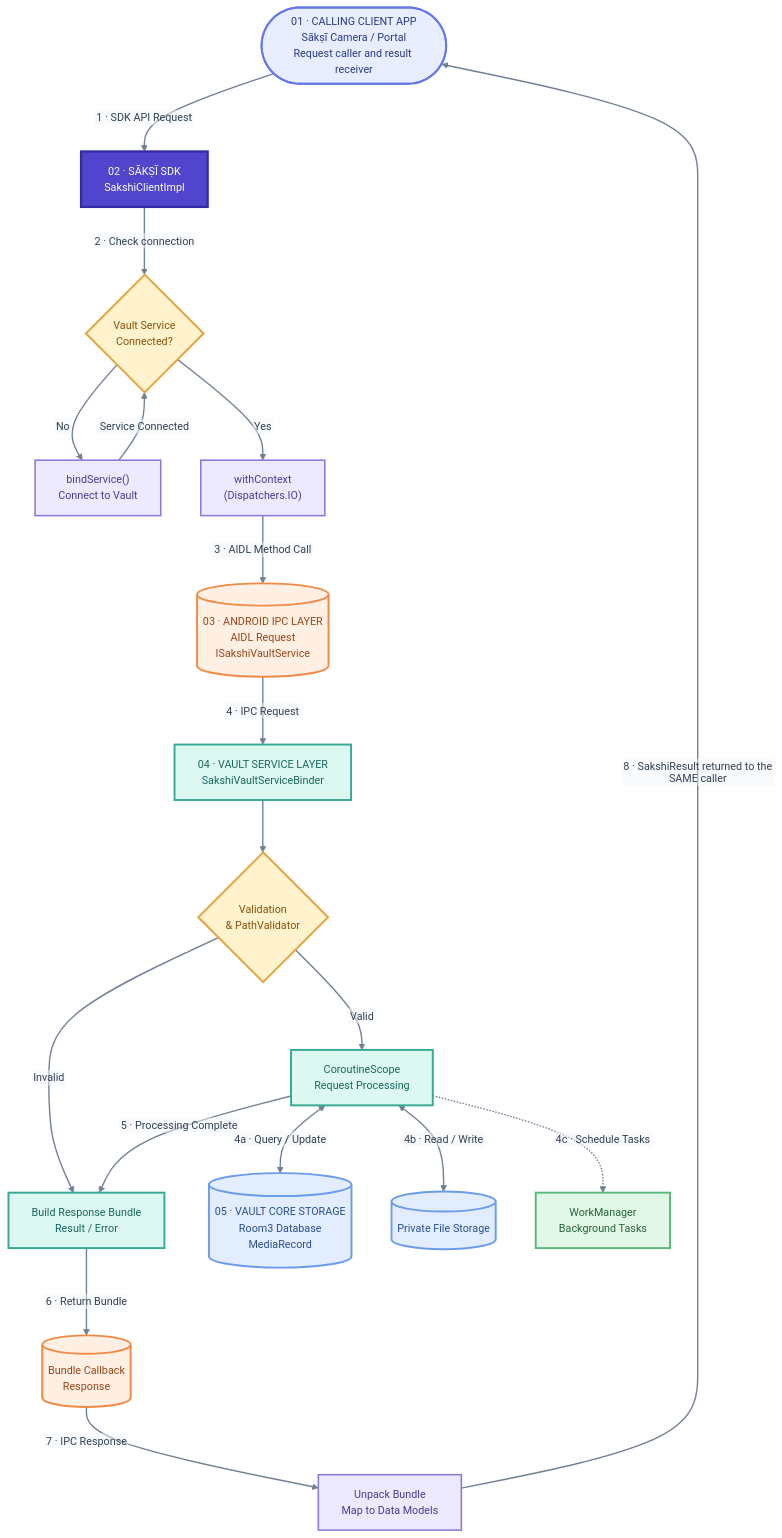
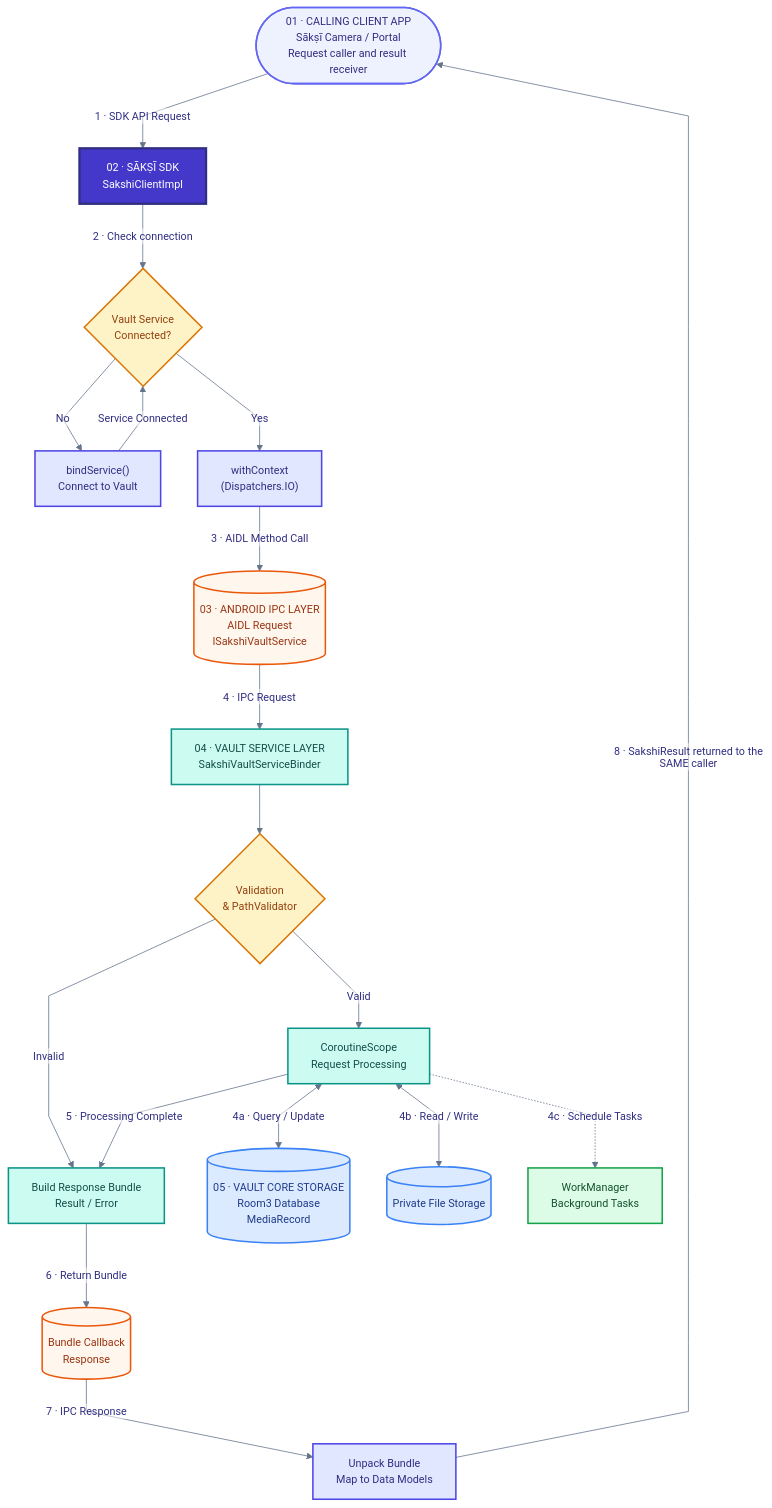
Before and after one commit to RajnishKMehta/Sakshi-Docs: the diagram in developer-guide/concepts/architecture-flow.md, drawn with Mermaid. The commit also changed other lines of this file and 47 other files, not shown here.

````diff
--- a/developer-guide/concepts/architecture-flow.md
+++ b/developer-guide/concepts/architecture-flow.md
@@ -6,27 +12,24 @@
 ---
 config:
   theme: base
-  look: classic
   themeVariables:
-    background: "#FFFFFF"
+    background: "#F8FAFC"
     primaryColor: "#EEF2FF"
     primaryTextColor: "#312E81"
     primaryBorderColor: "#6366F1"
     secondaryColor: "#CCFBF1"
     secondaryTextColor: "#134E4A"
     tertiaryColor: "#DBEAFE"
-    lineColor: "#718096"
-    textColor: "#334155"
-    edgeLabelBackground: "#F1F5F9"
-    clusterBkg: "#F8FAFC"
-    clusterBorder: "#CBD5E1"
+    lineColor: "#64748B"
+    textColor: "#1E293B"
+    edgeLabelBackground: "#FFFFFF"
     fontSize: "14px"
     fontFamily: "Inter, Arial, sans-serif"
   flowchart:
-    nodeSpacing: 52
-    rankSpacing: 68
-    diagramPadding: 24
-    curve: basis
+    nodeSpacing: 48
+    rankSpacing: 64
+    diagramPadding: 20
+    curve: linear
     htmlLabels: false
 ---
 flowchart TB
@@ -83,16 +86,15 @@
     BinderRes -->|"7 · IPC Response"| Unpack
     Unpack -->|"8 · SakshiResult returned to the SAME caller"| ClientApp
 
-    %% COLOR SYSTEM: INDIGO (CLIENT), VIOLET (SDK), AMBER (DECISIONS),
-    %% ORANGE (IPC), TEAL (VAULT), BLUE (DATABASE), GREEN (BACKGROUND TASKS)
-    classDef client fill:#E8EDFF,stroke:#6478E8,stroke-width:2.5px,color:#293B83
-    classDef sdk fill:#EDE9FE,stroke:#8B78DB,stroke-width:2px,color:#4C3B91
-    classDef sdkCore fill:#5145CD,stroke:#352AA5,stroke-width:3px,color:#FFFFFF
-    classDef decision fill:#FFF2CC,stroke:#E6A23C,stroke-width:2.5px,color:#85520B
-    classDef os fill:#FFF0E3,stroke:#F08A45,stroke-width:2.5px,color:#994516
-    classDef vault fill:#DDF7F1,stroke:#36A995,stroke-width:2.5px,color:#17695E
-    classDef storage fill:#E2EEFF,stroke:#6B9CEB,stroke-width:2.5px,color:#294F91
-    classDef background fill:#E2F7E8,stroke:#59B879,stroke-width:2.5px,color:#24643A
+    %% NODE STYLES
+    classDef client fill:#EEF2FF,stroke:#6366F1,stroke-width:2px,color:#312E81
+    classDef sdk fill:#E0E7FF,stroke:#4F46E5,stroke-width:2px,color:#312E81
+    classDef sdkCore fill:#4338CA,stroke:#312E81,stroke-width:3px,color:#FFFFFF
+    classDef decision fill:#FEF3C7,stroke:#D97706,stroke-width:2px,color:#92400E
+    classDef os fill:#FFF7ED,stroke:#EA580C,stroke-width:2px,color:#9A3412
+    classDef vault fill:#CCFBF1,stroke:#0D9488,stroke-width:2px,color:#134E4A
+    classDef storage fill:#DBEAFE,stroke:#3B82F6,stroke-width:2px,color:#1E3A8A
+    classDef background fill:#DCFCE7,stroke:#16A34A,stroke-width:2px,color:#14532D
 
     class ClientApp client
     class SakshiClient sdkCore
@@ -102,7 +104,4 @@
     class VaultBinder,Processing,PackBundle vault
     class DB,FileStore storage
     class WorkManager background
-
-    %% Keep every connection legible against the pastel node palette.
-    linkStyle default stroke:#718096,stroke-width:1.8px,color:#334155
 ```
````
